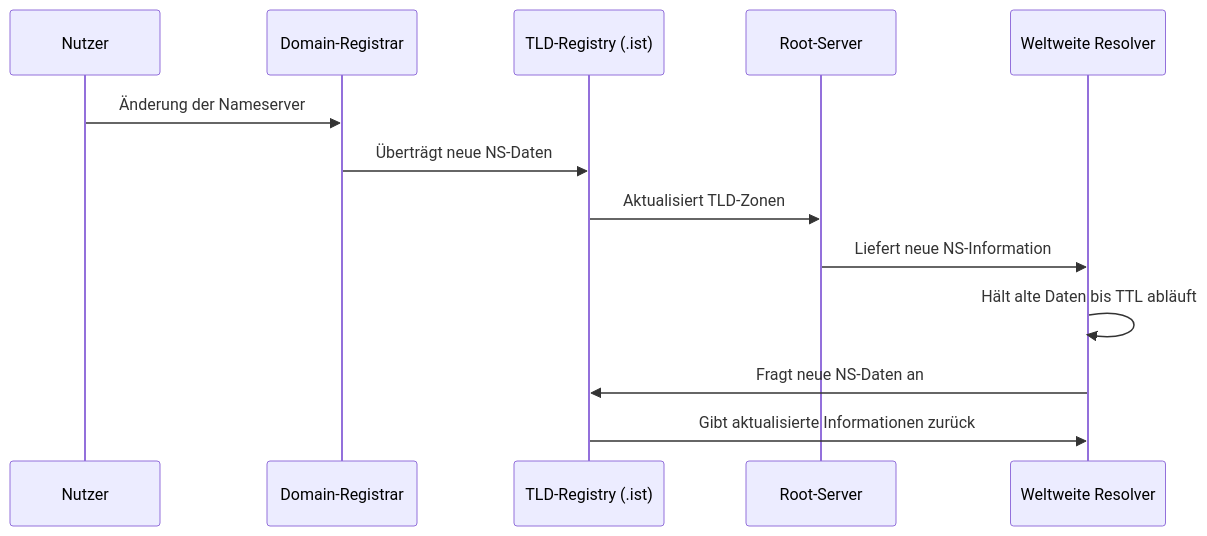
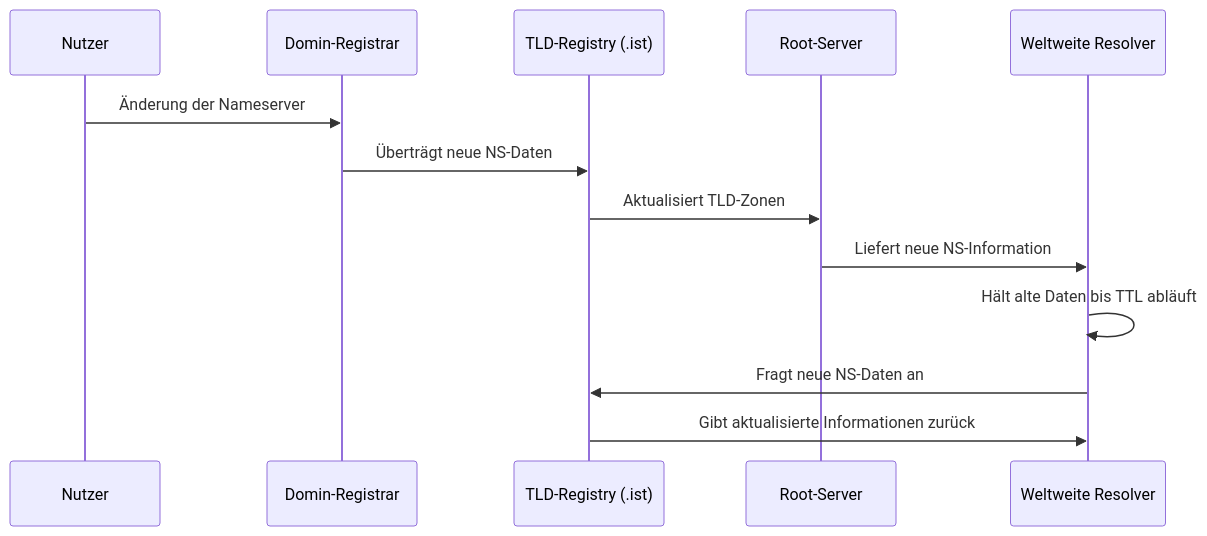
One commit to Mengyuuuuuuu/wang.ist-site changed the diagram in notes/DNS-Propagation-und-TTL.md. Above: the diagram before and after it, drawn with Mermaid. The commit also changed 8 other files, not shown here.

Commit message:
Fix Mermaid diagrams and update documentation

````diff
--- a/notes/DNS-Propagation-und-TTL.md
+++ b/notes/DNS-Propagation-und-TTL.md
@@ -75,16 +75,10 @@
 ```mermaid
 sequenceDiagram
-    participant User as Nutzer
-    participant Registrar as Domain-Registrar
-    participant Registry as TLD-Registry (.ist)
-    participant Root as Root-Server
-    participant Resolver as Weltweite Resolver
-
-    User->>Registrar: Änderung der Nameserver
-    Registrar->>Registry: Überträgt neue NS-Daten
-    Registry->>Root: Aktualisiert TLD-Zonen
-    Root->>Resolver: Liefert neue NS-Information
-    Resolver->>Resolver: Hält alte Daten bis TTL abläuft
-    Resolver->>Registry: Fragt neue NS-Daten an
-    Registry->>Resolver: Gibt aktualisierte Informationen zurück
+    Nutzer->>Domin-Registrar: Änderung der Nameserver
+    Domin-Registrar->>TLD-Registry (.ist): Überträgt neue NS-Daten
+    TLD-Registry (.ist)->>Root-Server: Aktualisiert TLD-Zonen
+    Root-Server->>Weltweite Resolver: Liefert neue NS-Information
+    Weltweite Resolver->>Weltweite Resolver: Hält alte Daten bis TTL abläuft
+    Weltweite Resolver->>TLD-Registry (.ist): Fragt neue NS-Daten an
+    TLD-Registry (.ist)->>Weltweite Resolver: Gibt aktualisierte Informationen zurück
 ```
````
